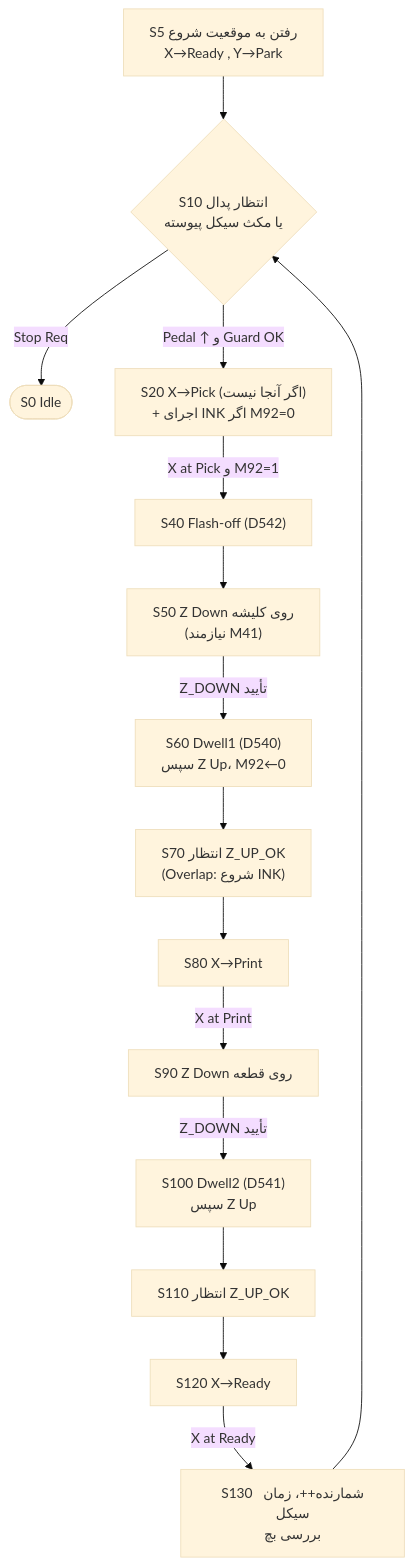
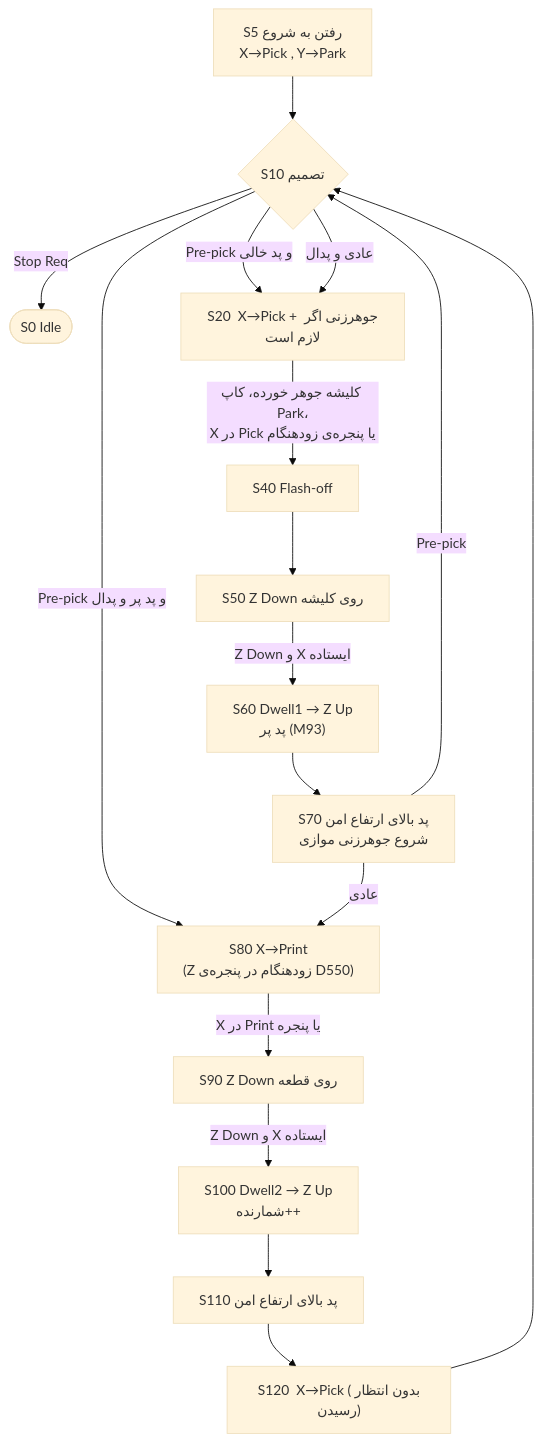
Before and after one commit to somicer/TampoPrintingMachine: the second of 2 diagrams in docs/03_state_machine.md, drawn with Mermaid (base theme). The commit also changed other lines of this file and 10 other files, not shown here.

````diff
--- a/docs/03_state_machine.md
+++ b/docs/03_state_machine.md
@@ -76,17 +76,19 @@
 ```mermaid
 flowchart TD
-    S5["S5  رفتن به موقعیت شروع<br/>X→Ready , Y→Park"] --> S10
-    S10{"S10  انتظار پدال<br/>یا مکث سیکل پیوسته"} -->|Stop Req| IDLE([S0 Idle])
-    S10 -->|Pedal ↑ و Guard OK| S20
-    S20["S20  X→Pick (اگر آنجا نیست)<br/>+ اجرای INK اگر M92=0"] -->|X at Pick و M92=1| S40
-    S40["S40  Flash-off (D542)"] --> S50
-    S50["S50  Z Down روی کلیشه<br/>(نیازمند M41)"] -->|Z_DOWN تأیید| S60
-    S60["S60  Dwell1 (D540)<br/>سپس Z Up، M92←0"] --> S70
-    S70["S70  انتظار Z_UP_OK<br/>(Overlap: شروع INK)"] --> S80
-    S80["S80  X→Print"] -->|X at Print| S90
-    S90["S90  Z Down روی قطعه"] -->|Z_DOWN تأیید| S100
-    S100["S100  Dwell2 (D541)<br/>سپس Z Up"] --> S110
-    S110["S110  انتظار Z_UP_OK"] --> S120
-    S120["S120  X→Ready"] -->|X at Ready| S130
-    S130["S130  شمارنده++، زمان سیکل<br/>بررسی بچ"] --> S10
+    S5["S5  رفتن به شروع<br/>X→Pick , Y→Park"] --> S10
+    S10{"S10  تصمیم"} -->|Stop Req| IDLE([S0 Idle])
+    S10 -->|"Pre-pick و پد خالی"| S20
+    S10 -->|"Pre-pick و پد پر و پدال"| S80
+    S10 -->|"عادی و پدال"| S20
+    S20["S20  X→Pick + جوهرزنی اگر لازم است"] -->|"کلیشه جوهر خورده، کاپ Park،<br/>X در Pick یا پنجره‌ی زودهنگام"| S40
+    S40["S40  Flash-off"] --> S50
+    S50["S50  Z Down روی کلیشه"] -->|"Z Down و X ایستاده"| S60
+    S60["S60  Dwell1 → Z Up<br/>پد پر (M93)"] --> S70
+    S70["S70  پد بالای ارتفاع امن<br/>شروع جوهرزنی موازی"] -->|Pre-pick| S10
+    S70 -->|عادی| S80
+    S80["S80  X→Print<br/>(Z زودهنگام در پنجره‌ی D550)"] -->|"X در Print یا پنجره"| S90
+    S90["S90  Z Down روی قطعه"] -->|"Z Down و X ایستاده"| S100
+    S100["S100  Dwell2 → Z Up<br/>شمارنده++"] --> S110
+    S110["S110  پد بالای ارتفاع امن"] --> S120
+    S120["S120  X→Pick (بدون انتظار رسیدن)"] --> S10
 ```
````
